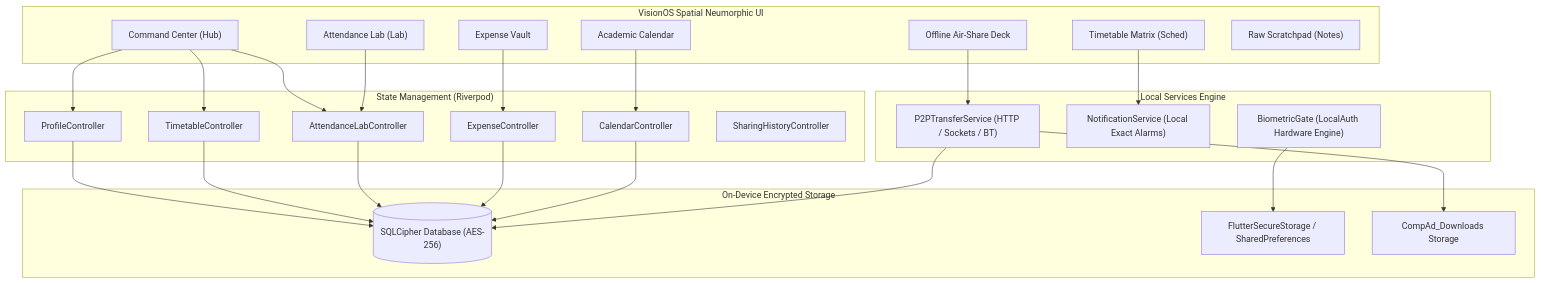
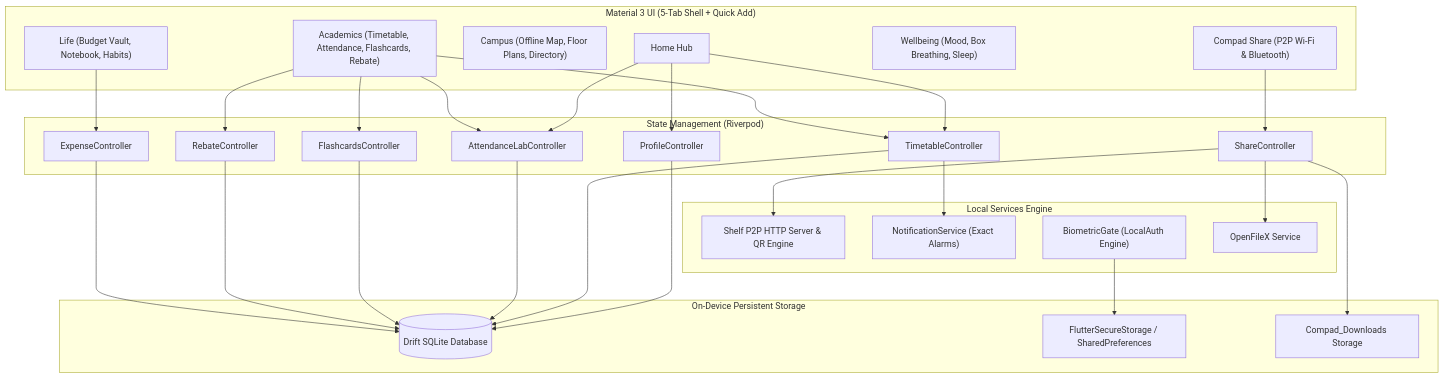
One commit to Techspace-srmuh/Compad-buildlab26 changed the diagram in README.md. Above: the diagram before and after it, drawn with Mermaid. The commit also changed other lines of this file and 554 other files, not shown here.

Commit message:
feat: replace legacy comp_ad with modernized Compad offline-first campus companion

````diff
--- a/README.md
+++ b/README.md
@@ -94,44 +111,43 @@
 ```mermaid
 flowchart TD
-    subgraph UI_Layer["VisionOS Spatial Neumorphic UI"]
-        Dashboard["Command Center (Hub)"]
-        Timetable["Timetable Matrix (Sched)"]
-        Attendance["Attendance Lab (Lab)"]
-        Expenses["Expense Vault"]
-        Calendar["Academic Calendar"]
-        AirShare["Offline Air-Share Deck"]
-        Scratchpad["Raw Scratchpad (Notes)"]
+    subgraph UI_Layer["Material 3 UI (5-Tab Shell + Quick Add)"]
+        Home["Home Hub"]
+        Academics["Academics (Timetable, Attendance, Flashcards, Rebate)"]
+        Campus["Campus (Offline Map, Floor Plans, Directory)"]
+        Life["Life (Budget Vault, Notebook, Habits)"]
+        Wellbeing["Wellbeing (Mood, Box Breathing, Sleep)"]
+        Share["Compad Share (P2P Wi-Fi & Bluetooth)"]
     end
 
     subgraph Controller_Layer["State Management (Riverpod)"]
         ProfileCtrl["ProfileController"]
         TimetableCtrl["TimetableController"]
         AttendanceCtrl["AttendanceLabController"]
+        FlashcardsCtrl["FlashcardsController"]
+        RebateCtrl["RebateController"]
         ExpenseCtrl["ExpenseController"]
-        CalendarCtrl["CalendarController"]
-        HistoryCtrl["SharingHistoryController"]
+        ShareCtrl["ShareController"]
     end
 
     subgraph Service_Layer["Local Services Engine"]
-        P2PService["P2PTransferService (HTTP / Sockets / BT)"]
-        NotifService["NotificationService (Local Exact Alarms)"]
-        BioGate["BiometricGate (LocalAuth Hardware Engine)"]
+        ShelfServer["Shelf P2P HTTP Server & QR Engine"]
+        NotifService["NotificationService (Exact Alarms)"]
+        BioGate["BiometricGate (LocalAuth Engine)"]
+        FileViewer["OpenFileX Service"]
     end
 
-    subgraph Storage_Layer["On-Device Encrypted Storage"]
-        SQLCipher[("SQLCipher Database (AES-256)")]
+    subgraph Storage_Layer["On-Device Persistent Storage"]
+        DriftDB[("Drift SQLite Database")]
         SecureStore["FlutterSecureStorage / SharedPreferences"]
-        DownloadsDir["CompAd_Downloads Storage"]
+        DownloadsDir["Compad_Downloads Storage"]
     end
 
-    Dashboard --> ProfileCtrl & TimetableCtrl & AttendanceCtrl
-    AirShare --> P2PService
-    Timetable --> NotifService
-    Attendance --> AttendanceCtrl
-    Expenses --> ExpenseCtrl
-    Calendar --> CalendarCtrl
-
-    ProfileCtrl & TimetableCtrl & AttendanceCtrl & ExpenseCtrl & CalendarCtrl --> SQLCipher
+    Home --> ProfileCtrl & TimetableCtrl & AttendanceCtrl
+    Academics --> TimetableCtrl & AttendanceCtrl & FlashcardsCtrl & RebateCtrl
+    Life --> ExpenseCtrl
+    Share --> ShareCtrl
+    ShareCtrl --> ShelfServer & DownloadsDir & FileViewer
+    ProfileCtrl & TimetableCtrl & AttendanceCtrl & FlashcardsCtrl & RebateCtrl & ExpenseCtrl --> DriftDB
     BioGate --> SecureStore
-    P2PService --> DownloadsDir & SQLCipher
+    TimetableCtrl --> NotifService
 ```
````
